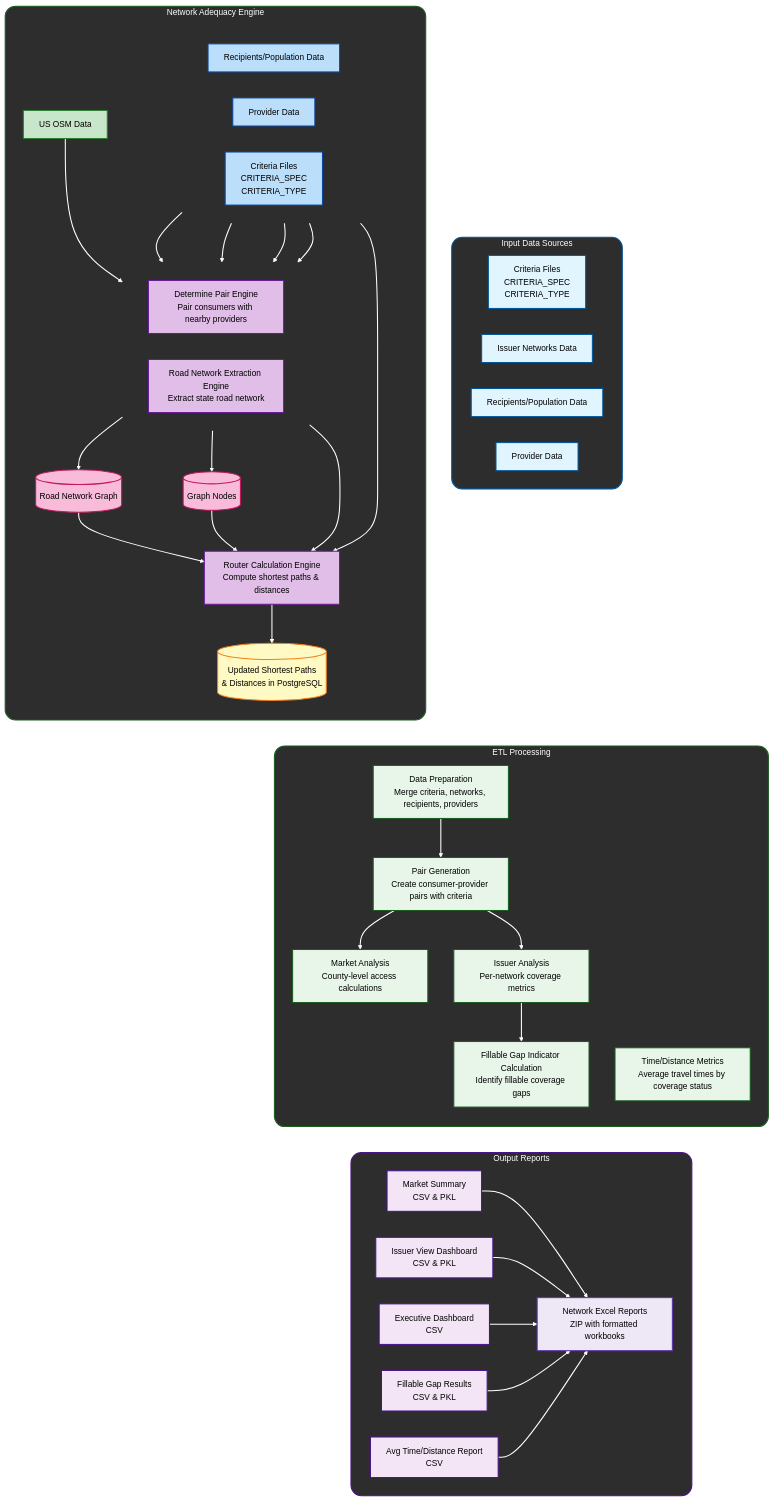
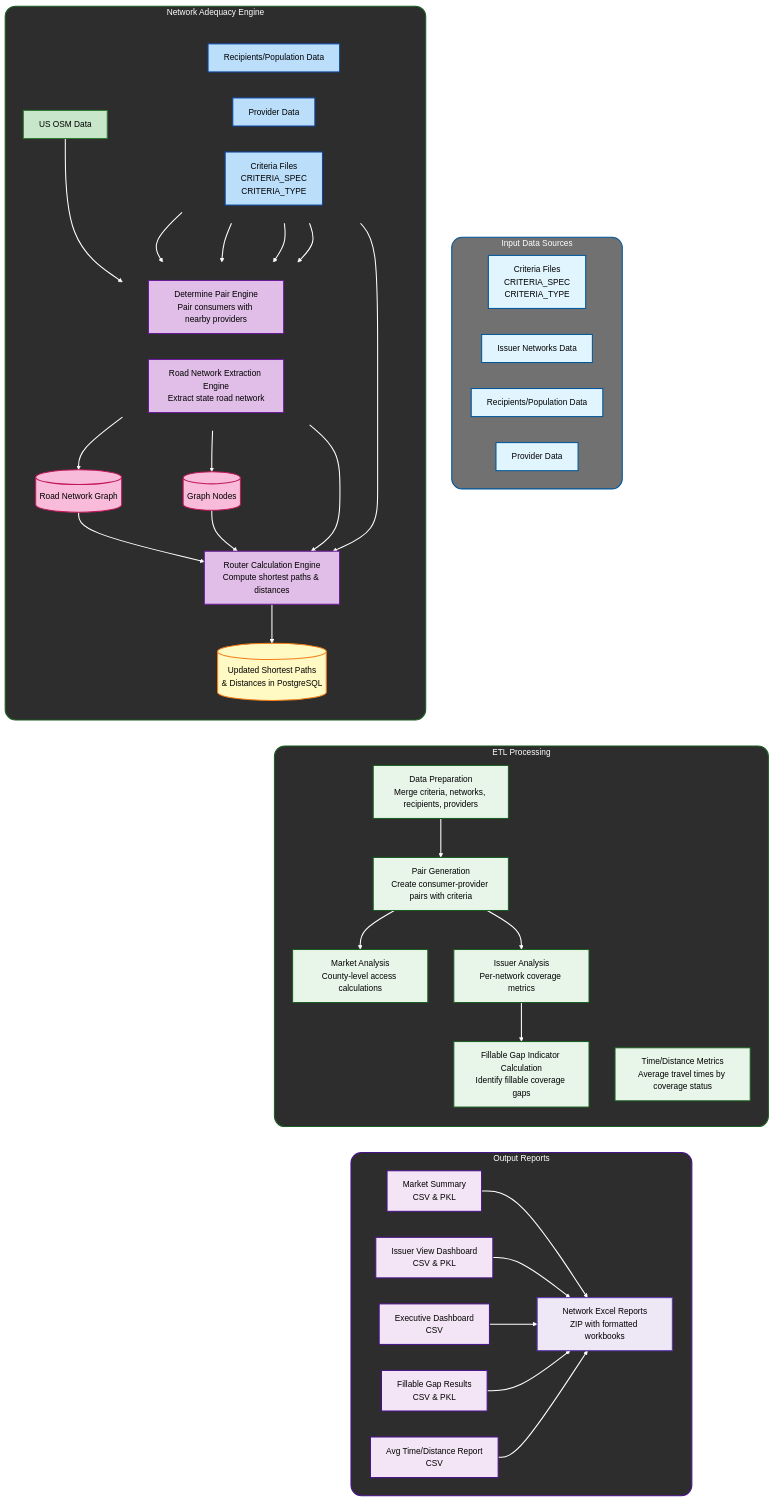
One commit to amritrajpatra/test-project changed the diagram in Network Adequacy Sanitized_Market_Summary_Combined_v2.md. Above: the diagram before and after it, drawn with Mermaid (neutral theme).

Commit message:
Update Network Adequacy Sanitized_Market_Summary_Combined_v2.md

```diff
--- a/Network Adequacy Sanitized_Market_Summary_Combined_v2.md
+++ b/Network Adequacy Sanitized_Market_Summary_Combined_v2.md
@@ -106,7 +106,7 @@
     style GEOENGINE fill:none,stroke:none
     
     %% Outer subgraphs - dark grey/black backgrounds, colored borders
-    style INPUTS fill:#2d2d2d,stroke:#01579b,stroke-width:2px,rx:20,ry:20,color:#fff
+    style INPUTS fill:#717171,stroke:#01579b,stroke-width:2px,rx:20,ry:20,color:#fff
     style GEOSPATIAL fill:#2d2d2d,stroke:#1b5e20,stroke-width:2px,rx:20,ry:20,color:#fff
     style PROCESSING fill:#2d2d2d,stroke:#1b5e20,stroke-width:2px,rx:20,ry:20,color:#fff
     style OUTPUTS fill:#2d2d2d,stroke:#4a148c,stroke-width:2px,rx:20,ry:20,color:#fff
```
